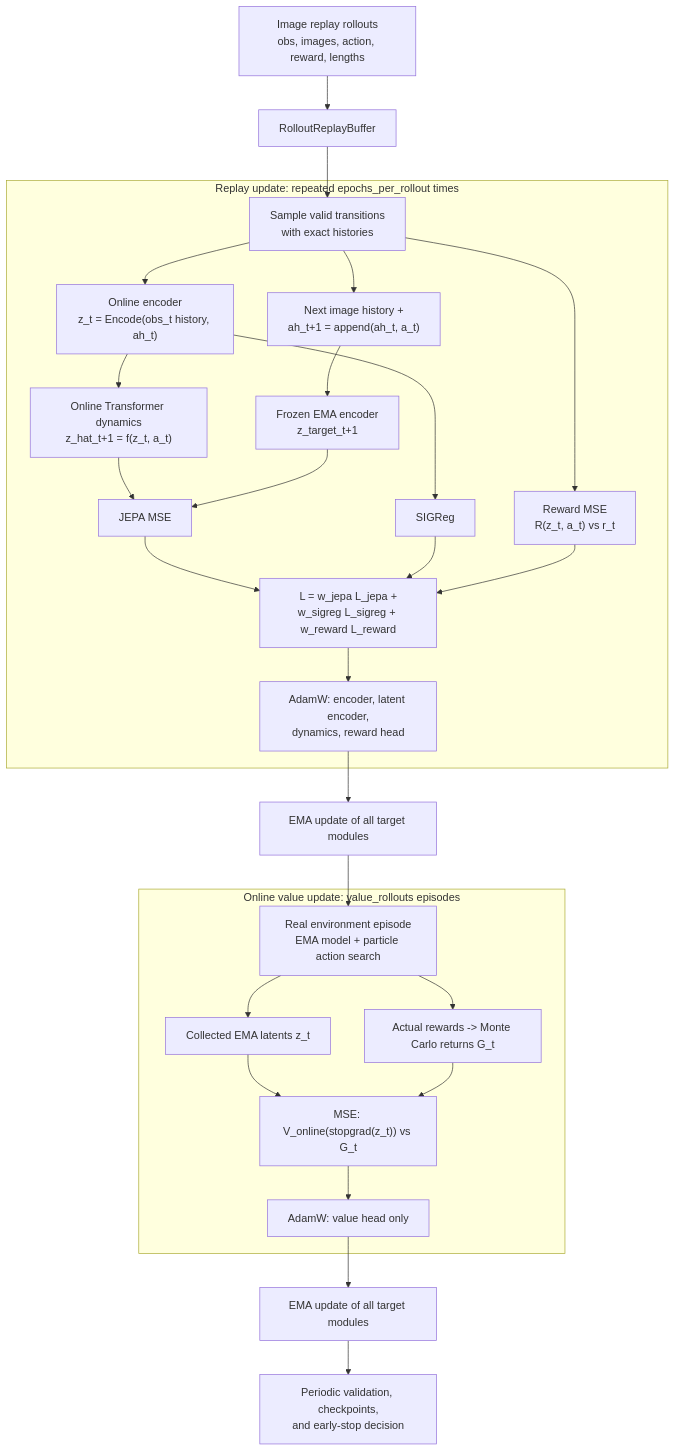
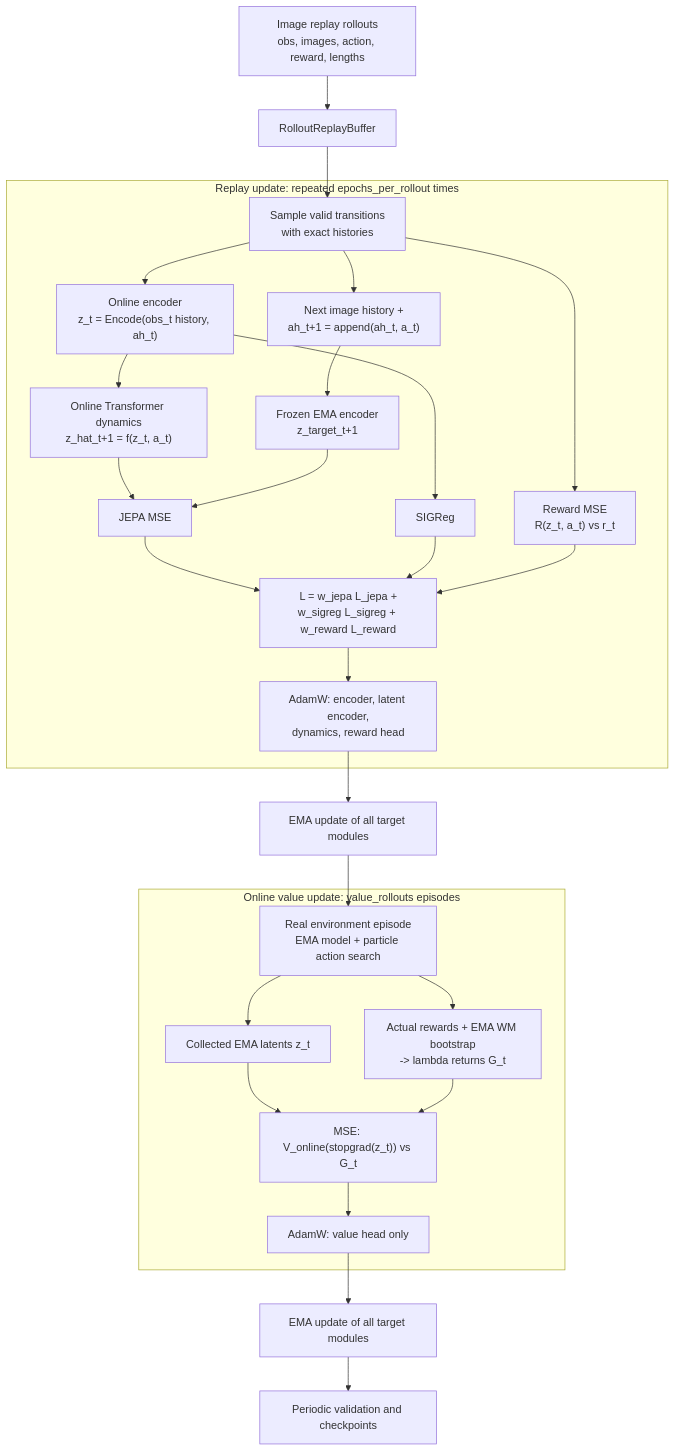
Before and after one commit to IBNBlank/piece_of_wm: the first of 3 diagrams in trans_wm_le/TRAINING_LOGIC.md, drawn with Mermaid. The commit also changed other lines of this file and 31 other files, not shown here.

````diff
--- a/trans_wm_le/TRAINING_LOGIC.md
+++ b/trans_wm_le/TRAINING_LOGIC.md
@@ -7,34 +7,34 @@
 ```mermaid
 flowchart TD
     DATA["Image replay rollouts<br/>obs, images, action, reward, lengths"] --> BUFFER["RolloutReplayBuffer"]
     BUFFER --> SAMPLE["Sample valid transitions<br/>with exact histories"]
 
     subgraph ReplayUpdate[Replay update: repeated epochs_per_rollout times]
         SAMPLE --> ONLINE["Online encoder<br/>z_t = Encode(obs_t history, ah_t)"]
         ONLINE --> DYN["Online Transformer dynamics<br/>z_hat_t+1 = f(z_t, a_t)"]
         SAMPLE --> TARGET_INPUT["Next image history +<br/>ah_t+1 = append(ah_t, a_t)"]
         TARGET_INPUT --> TARGET["Frozen EMA encoder<br/>z_target_t+1"]
         DYN --> JEPA["JEPA MSE"]
         TARGET --> JEPA
         ONLINE --> SIGREG["SIGReg"]
         SAMPLE --> REWARD["Reward MSE<br/>R(z_t, a_t) vs r_t"]
         JEPA --> TOTAL["L = w_jepa L_jepa +<br/>w_sigreg L_sigreg + w_reward L_reward"]
         SIGREG --> TOTAL
         REWARD --> TOTAL
         TOTAL --> WORLD_OPT["AdamW: encoder, latent encoder,<br/>dynamics, reward head"]
     end
 
     WORLD_OPT --> EMA1["EMA update of all target modules"]
     EMA1 --> ONLINE_EPISODE
 
     subgraph ValueUpdate[Online value update: value_rollouts episodes]
-        ONLINE_EPISODE["Real environment episode<br/>EMA model + particle action search"] --> RETURNS["Actual rewards -> Monte Carlo returns G_t"]
+        ONLINE_EPISODE["Real environment episode<br/>EMA model + particle action search"] --> RETURNS["Actual rewards + EMA WM bootstrap<br/>-> lambda returns G_t"]
         ONLINE_EPISODE --> STATES["Collected EMA latents z_t"]
         STATES --> VALUE_LOSS["MSE: V_online(stopgrad(z_t)) vs G_t"]
         RETURNS --> VALUE_LOSS
         VALUE_LOSS --> VALUE_OPT["AdamW: value head only"]
     end
 
     VALUE_OPT --> EMA2["EMA update of all target modules"]
-    EMA2 --> CHECK["Periodic validation, checkpoints,<br/>and early-stop decision"]
+    EMA2 --> CHECK["Periodic validation and checkpoints"]
 ```
````
